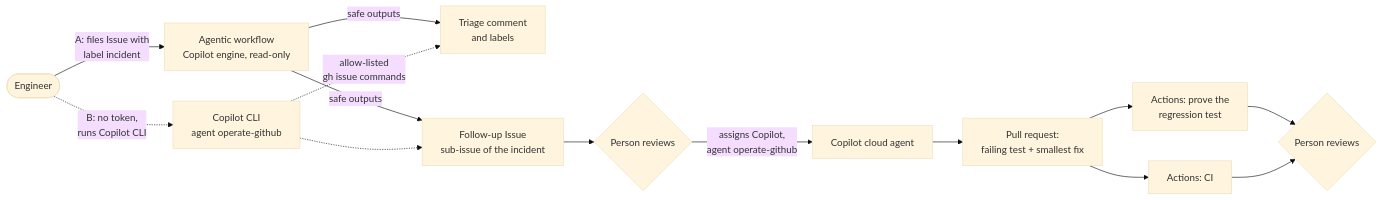
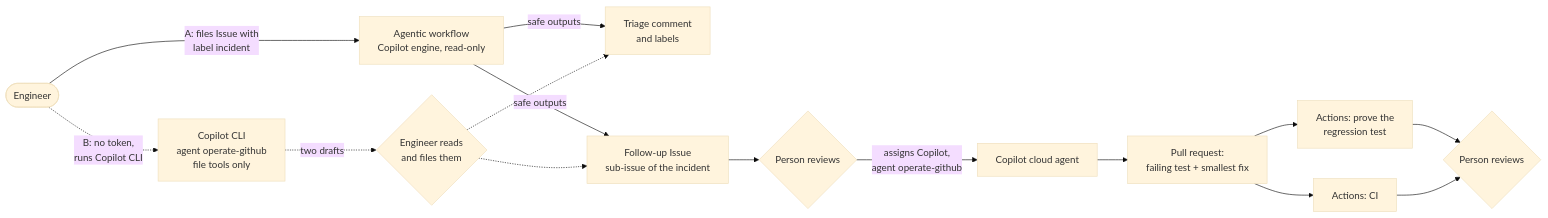
One commit to melabadi/adept-assessment-northstars changed the diagram in solutions/07-operate-github/README.md. Above: the diagram before and after it, drawn with Mermaid (base theme). The commit also changed other lines of this file and 19 other files, not shown here.

First line of the commit message:
07-operate-github: keep outsiders' text and fork code away from Copilot, tokens, and main's cache

````diff
--- a/solutions/07-operate-github/README.md
+++ b/solutions/07-operate-github/README.md
@@ -20,16 +20,17 @@
 ```mermaid
 flowchart LR
   E([Engineer]) -->|A: files Issue with<br/>label incident| W[Agentic workflow<br/>Copilot engine, read-only]
-  E -.->|B: no token,<br/>runs Copilot CLI| L[Copilot CLI<br/>agent operate-github]
+  E -.->|B: no token,<br/>runs Copilot CLI| L[Copilot CLI<br/>agent operate-github<br/>file tools only]
   W -->|safe outputs| T[Triage comment<br/>and labels]
   W -->|safe outputs| F[Follow-up Issue<br/>sub-issue of the incident]
-  L -.->|allow-listed<br/>gh issue commands| T
-  L -.-> F
+  L -.->|two drafts| D{Engineer reads<br/>and files them}
+  D -.-> T
+  D -.-> F
   F --> H{Person reviews}
   H -->|assigns Copilot,<br/>agent operate-github| C[Copilot cloud agent]
   C --> PR[Pull request:<br/>failing test + smallest fix]
   PR --> P[Actions: prove the<br/>regression test]
   PR --> CI[Actions: CI]
   P --> R{Person reviews}
   CI --> R
 ```
````
